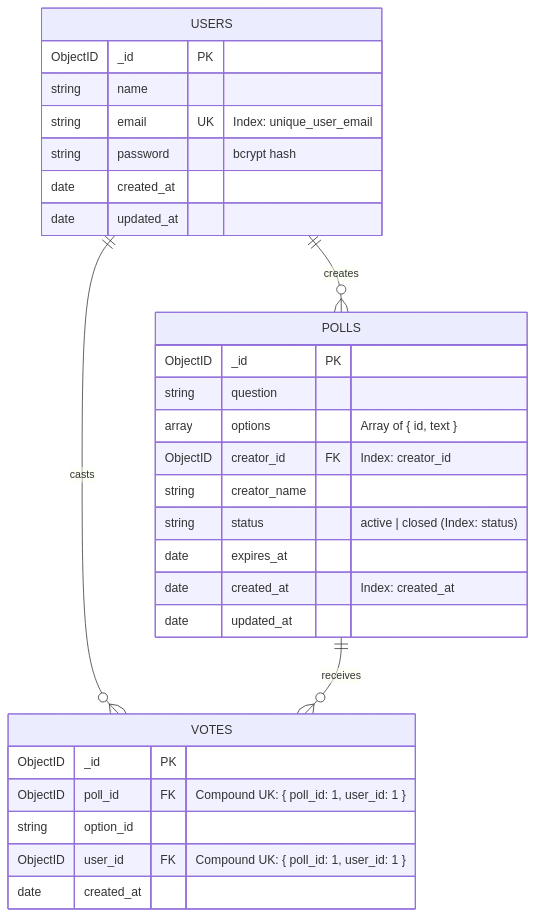
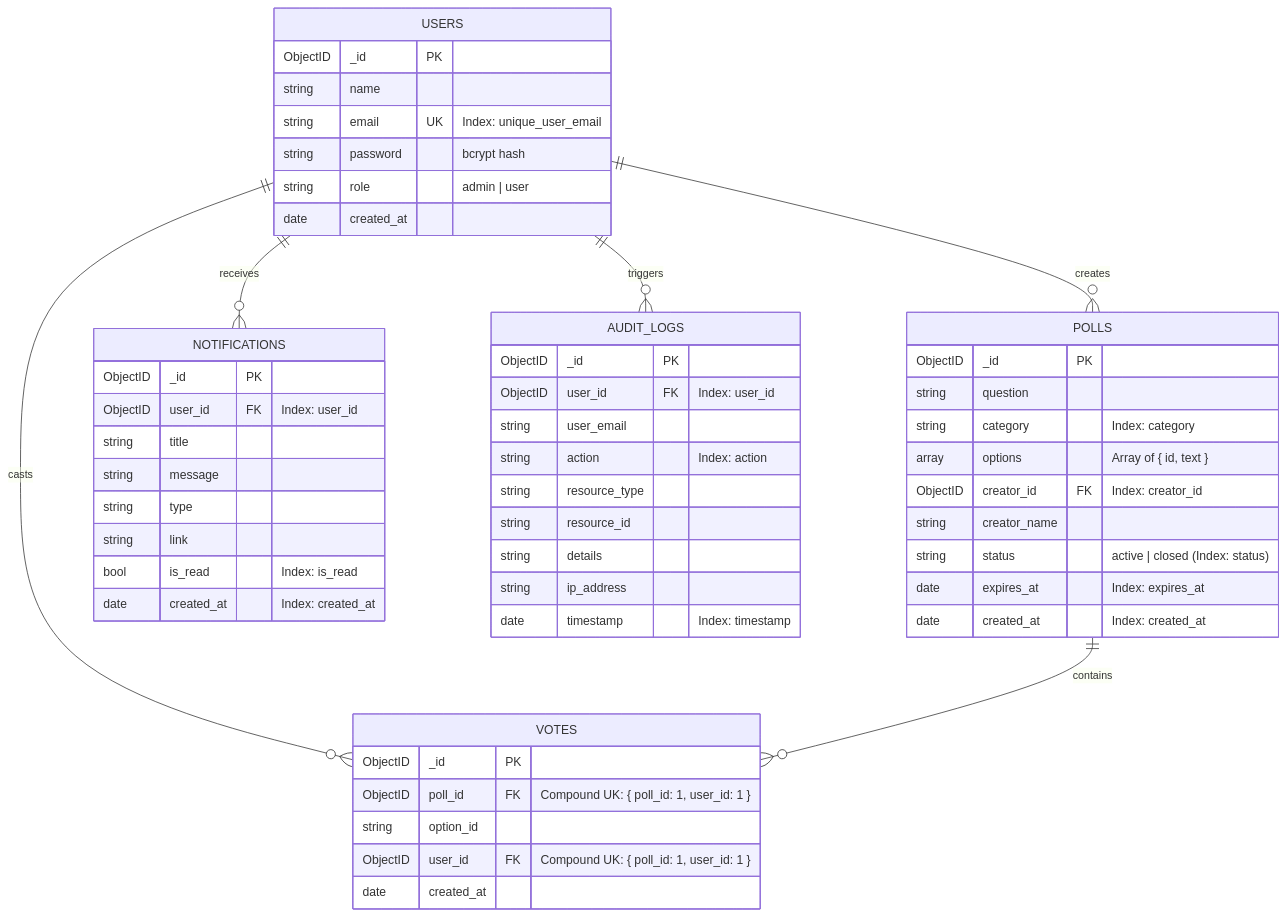
One commit to srinagapriya06122006/PollSphere- changed the second of 2 diagrams in README.md. Above: the diagram before and after it, drawn with Mermaid. The commit also changed other lines of this file and 93 other files, not shown here.

````diff
--- a/README.md
+++ b/README.md
@@ -170,35 +216,60 @@
 ```mermaid
 erDiagram
     USERS ||--o{ POLLS : creates
     USERS ||--o{ VOTES : casts
-    POLLS ||--o{ VOTES : receives
+    USERS ||--o{ NOTIFICATIONS : receives
+    USERS ||--o{ AUDIT_LOGS : triggers
+    POLLS ||--o{ VOTES : contains
 
     USERS {
         ObjectID _id PK
         string name
         string email UK "Index: unique_user_email"
         string password "bcrypt hash"
+        string role "admin | user"
         date created_at
-        date updated_at
     }
 
     POLLS {
         ObjectID _id PK
         string question
+        string category "Index: category"
         array options "Array of { id, text }"
         ObjectID creator_id FK "Index: creator_id"
         string creator_name
         string status "active | closed (Index: status)"
-        date expires_at
+        date expires_at "Index: expires_at"
         date created_at "Index: created_at"
-        date updated_at
     }
 
     VOTES {
         ObjectID _id PK
         ObjectID poll_id FK "Compound UK: { poll_id: 1, user_id: 1 }"
         string option_id
         ObjectID user_id FK "Compound UK: { poll_id: 1, user_id: 1 }"
         date created_at
     }
+
+    NOTIFICATIONS {
+        ObjectID _id PK
+        ObjectID user_id FK "Index: user_id"
+        string title
+        string message
+        string type
+        string link
+        bool is_read "Index: is_read"
+        date created_at "Index: created_at"
+    }
+
+    AUDIT_LOGS {
+        ObjectID _id PK
+        ObjectID user_id FK "Index: user_id"
+        string user_email
+        string action "Index: action"
+        string resource_type
+        string resource_id
+        string details
+        string ip_address
+        date timestamp "Index: timestamp"
+    }
 ```
````
